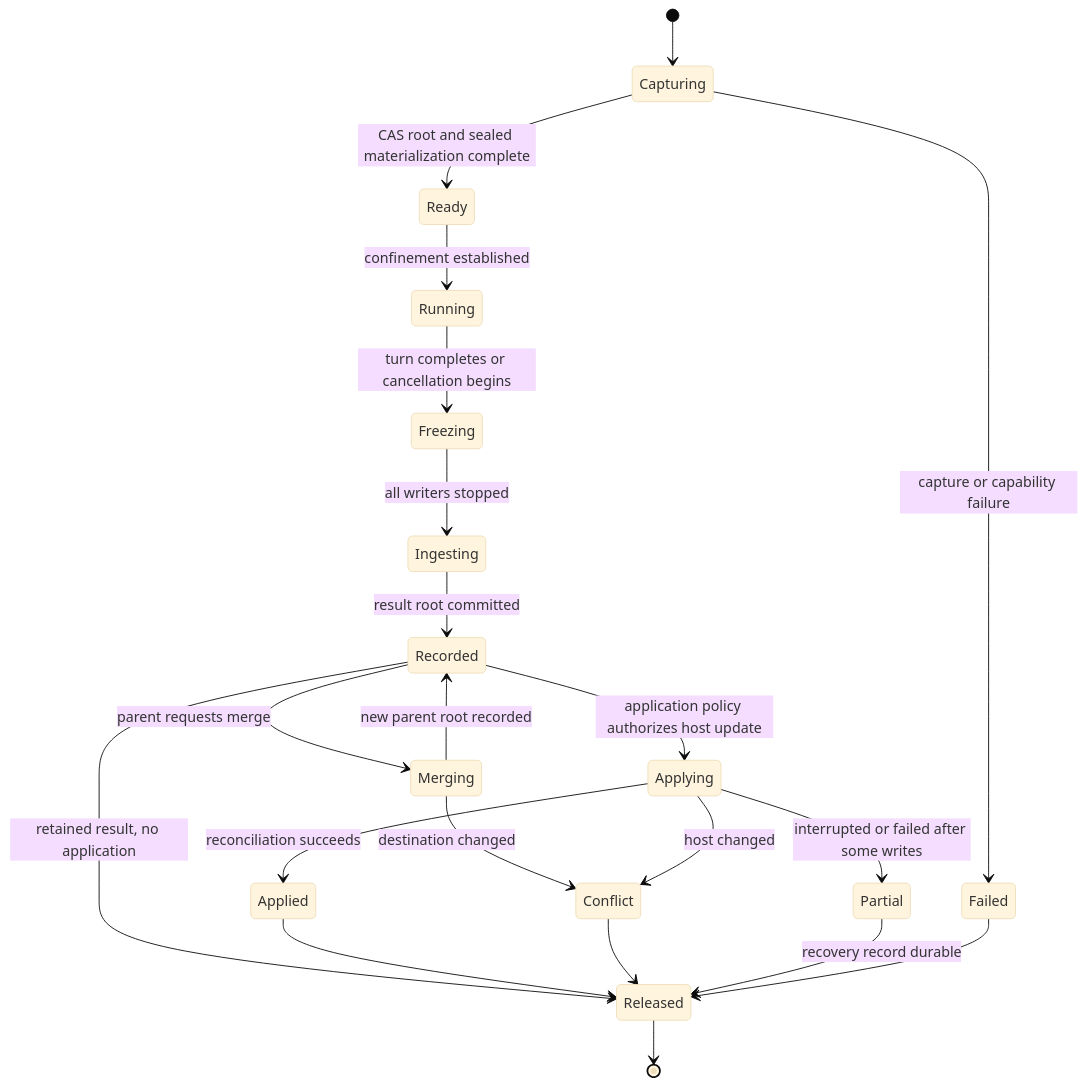
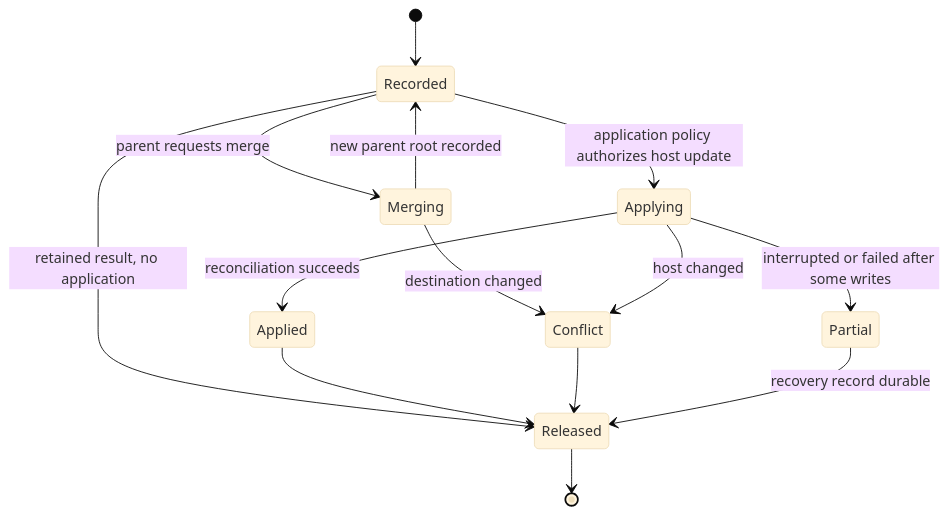
Before and after one commit to pantoniou/fyai: the sixth of 13 diagrams in doc/agent-filesystem-views-sdd.md, drawn with Mermaid (base theme). The commit also changed other lines of this file, not shown here.

````diff
--- a/doc/agent-filesystem-views-sdd.md
+++ b/doc/agent-filesystem-views-sdd.md
@@ -604,23 +633,16 @@
 ```mermaid
 stateDiagram-v2
-    [*] --> Capturing
-    Capturing --> Ready: CAS root and sealed materialization complete
-    Capturing --> Failed: capture or capability failure
-    Ready --> Running: confinement established
-    Running --> Freezing: turn completes or cancellation begins
-    Freezing --> Ingesting: all writers stopped
-    Ingesting --> Recorded: result root committed
+    [*] --> Recorded
     Recorded --> Merging: parent requests merge
     Merging --> Recorded: new parent root recorded
     Merging --> Conflict: destination changed
     Recorded --> Applying: application policy authorizes host update
     Applying --> Applied: reconciliation succeeds
     Applying --> Conflict: host changed
     Applying --> Partial: interrupted or failed after some writes
     Recorded --> Released: retained result, no application
     Applied --> Released
     Conflict --> Released
     Partial --> Released: recovery record durable
-    Failed --> Released
     Released --> [*]
 ```
````
